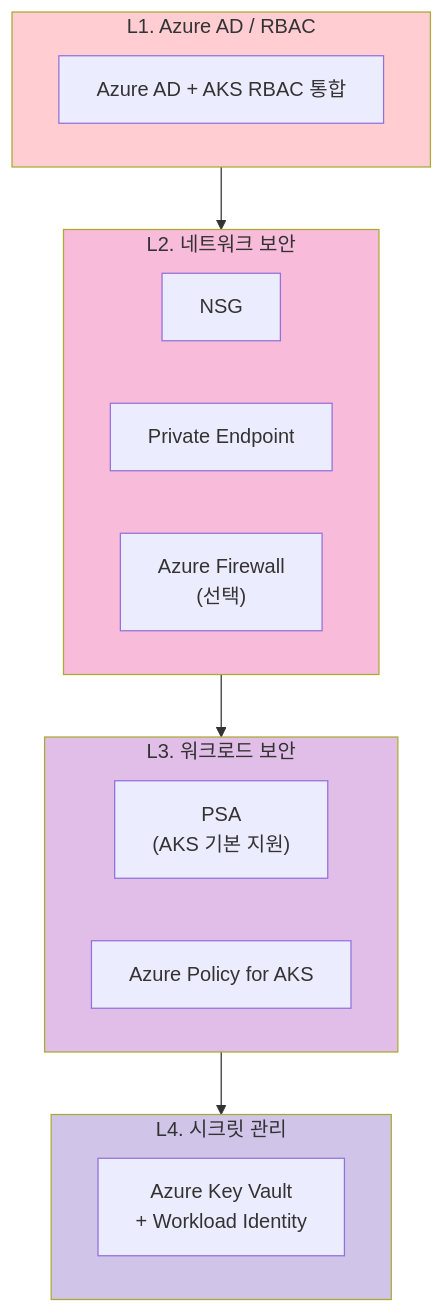
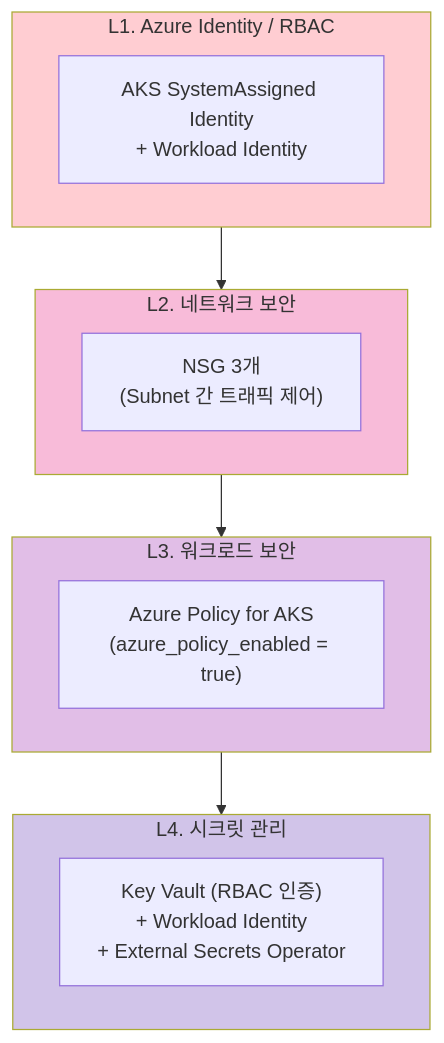
Before and after one commit to bocopile/mac-k8s-multipass-terraform: the fourth of 6 diagrams in document/azure/ARCHITECTURE.md, drawn with Mermaid. The commit also changed other lines of this file and 3 other files, not shown here.

````diff
--- a/document/azure/ARCHITECTURE.md
+++ b/document/azure/ARCHITECTURE.md
@@ -281,28 +311,25 @@
 ```mermaid
 flowchart TB
-    subgraph L1["L1. Azure AD / RBAC"]
-        auth["Azure AD + AKS RBAC 통합"]
+    subgraph L1["L1. Azure Identity / RBAC"]
+        auth["AKS SystemAssigned Identity<br/>+ Workload Identity"]
     end
 
     subgraph L2["L2. 네트워크 보안"]
-        NSG["NSG"]
-        PE["Private Endpoint"]
-        FW["Azure Firewall<br/>(선택)"]
+        NSG["NSG 3개<br/>(Subnet 간 트래픽 제어)"]
     end
 
     subgraph L3["L3. 워크로드 보안"]
-        PSA["PSA<br/>(AKS 기본 지원)"]
-        Policy["Azure Policy for AKS"]
+        Policy["Azure Policy for AKS<br/>(azure_policy_enabled = true)"]
     end
 
     subgraph L4["L4. 시크릿 관리"]
-        KV["Azure Key Vault<br/>+ Workload Identity"]
+        KV["Key Vault (RBAC 인증)<br/>+ Workload Identity<br/>+ External Secrets Operator"]
     end
 
     L1 --> L2 --> L3 --> L4
 
     style L1 fill:#ffcdd2
     style L2 fill:#f8bbd9
     style L3 fill:#e1bee7
     style L4 fill:#d1c4e9
 ```
````
